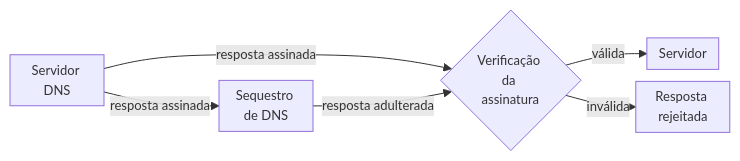
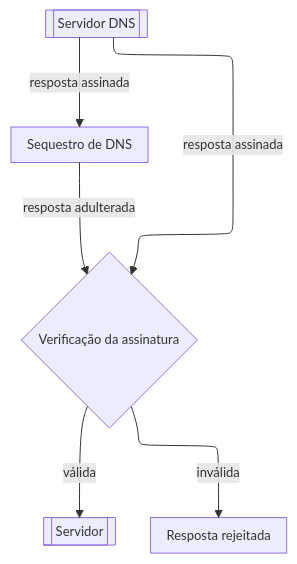
The sixth of 6 diagrams in apps/docs/src/content/docs/pt-br/pages/secure/edge-dns/how-it-works.mdx (aziontech/docs), drawn with Mermaid before and after one commit. The commit also changed other lines of this file and 179 other files, not shown here.

Commit message:
docs(diagrams): redraw every other diagram in the use-case diagram style (#2513)

````diff
--- a/apps/docs/src/content/docs/pt-br/pages/secure/edge-dns/how-it-works.mdx
+++ b/apps/docs/src/content/docs/pt-br/pages/secure/edge-dns/how-it-works.mdx
@@ -139,9 +139,9 @@
 ```mermaid
-%%{init: {"layout": "dagre", "themeVariables": {"fontSize": "13px"}, "flowchart": {"nodeSpacing": 12, "rankSpacing": 12, "padding": 6, "wrappingWidth": 70, "minNodeWidth": 40, "useMaxWidth": true}}}%%
-flowchart LR
-  Dns["Servidor DNS"] -->|"resposta assinada"| Check{"Verificação da assinatura"}
+%%{init: {"layout": "elk", "themeVariables": {"fontSize": "13px"}, "flowchart": {"nodeSpacing": 24, "rankSpacing": 36, "padding": 8, "wrappingWidth": 150, "useMaxWidth": true}, "sequence": {"width": 120, "actorMargin": 30, "useMaxWidth": true}}}%%
+flowchart TD
+  Dns[["Servidor DNS"]] -->|"resposta assinada"| Check{"Verificação da assinatura"}
   Dns -->|"resposta assinada"| Hij["Sequestro de DNS"]
   Hij -->|"resposta adulterada"| Check
-  Check -->|"válida"| Srv["Servidor"]
+  Check -->|"válida"| Srv[["Servidor"]]
   Check -->|"inválida"| Rej["Resposta rejeitada"]
 ```
````
